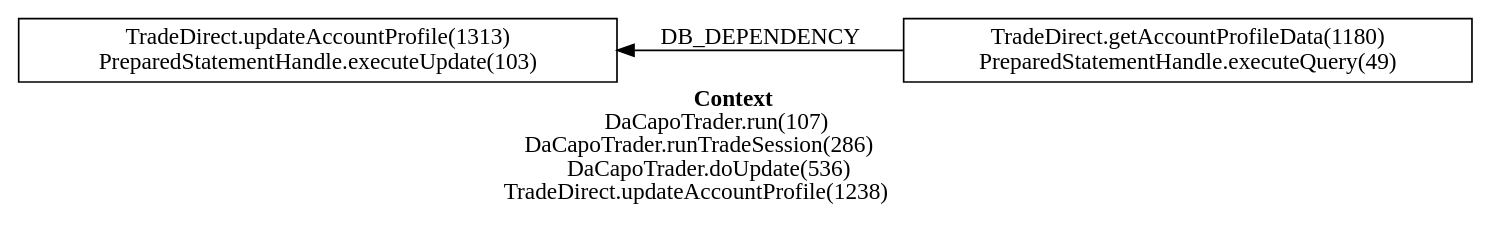
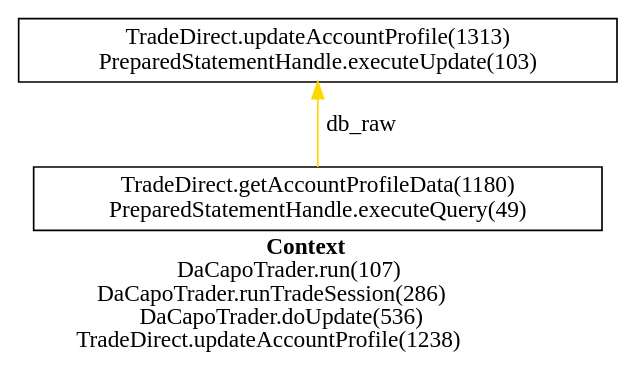
Before and after one commit to jtamayo/pepe: the diagram in pepe/results2/4.gv, drawn with Graphviz. The commit also changed 181 other files, not shown here.

```diff
--- a/pepe/results2/4.gv
+++ b/pepe/results2/4.gv
@@ -1,6 +1,6 @@
-digraph 1444378545 { 
-label=<<font face="Times-Bold">Context</font><br/>DaCapoTrader.run(107)<br/>DaCapoTrader.runTradeSession(286)<br/>DaCapoTrader.doUpdate(536)<br/>TradeDirect.updateAccountProfile(1238)>;rankdir=RL;
+digraph 1915458566 { 
+label=<<font face="Times-Bold">Context</font><br/>DaCapoTrader.run(107)<br/>DaCapoTrader.runTradeSession(286)<br/>DaCapoTrader.doUpdate(536)<br/>TradeDirect.updateAccountProfile(1238)>;rankdir=BT;
 1 [label="TradeDirect.updateAccountProfile(1313)\nPreparedStatementHandle.executeUpdate(103)\n", shape=box];
 2 [label="TradeDirect.getAccountProfileData(1180)\nPreparedStatementHandle.executeQuery(49)\n", shape=box];
-2 -> 1 [label="DB_DEPENDENCY"];
+2 -> 1 [label="db_raw" color=gold];
 }
```
